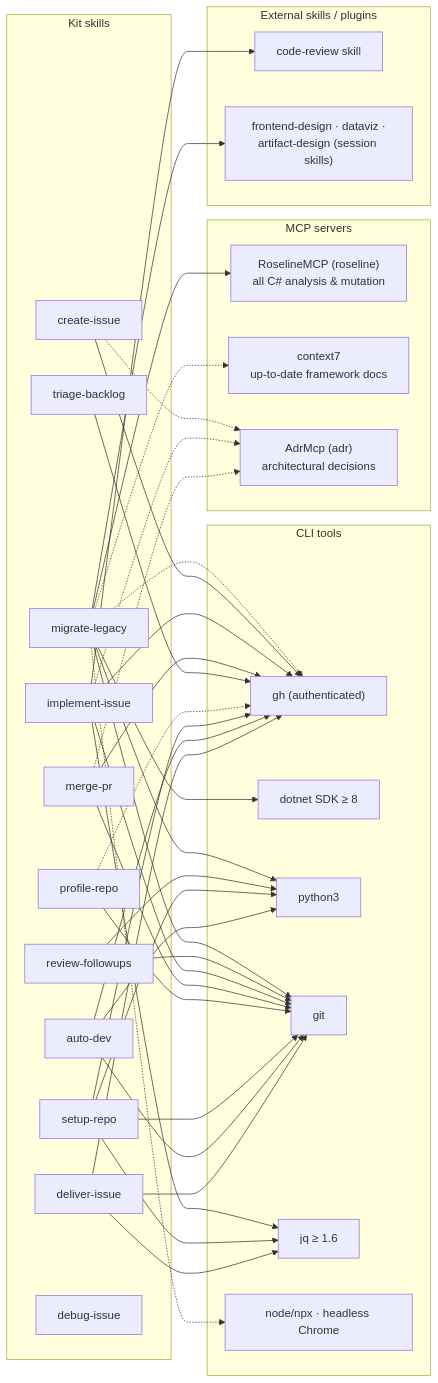
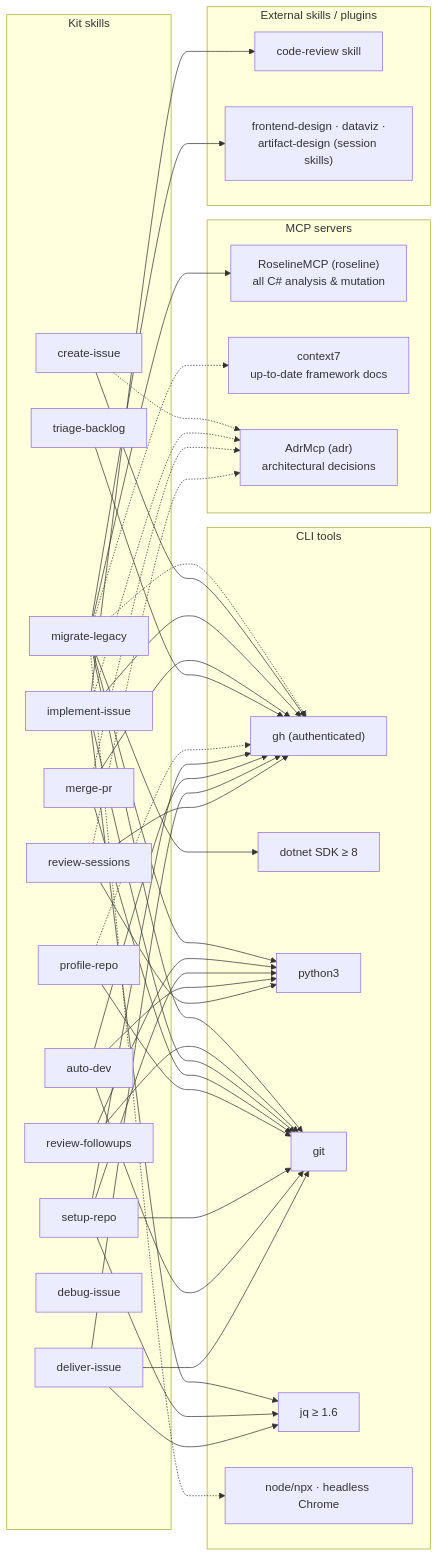
Before and after one commit to phmatray/ai-migration-kit: the second of 2 diagrams in ARCHITECTURE.md, drawn with Mermaid. The commit also changed other lines of this file and 15 other files, not shown here.

First line of the commit message:
feat(skills): review-sessions harvests the kit's failures from past transcripts and files what earns an issue (#397) (#405)

````diff
--- a/ARCHITECTURE.md
+++ b/ARCHITECTURE.md
@@ -123,6 +128,7 @@
         RP[profile-repo]
         SR[setup-repo]
         DI[debug-issue]
+        RS[review-sessions]
     end
 
     subgraph mcp ["MCP servers"]
@@ -187,4 +193,8 @@
     DL --> GH
     DL --> GIT
     DL --> JQ
+
+    RS --> PY
+    RS --> GH
+    RS -.-> ADR
 ```
````
